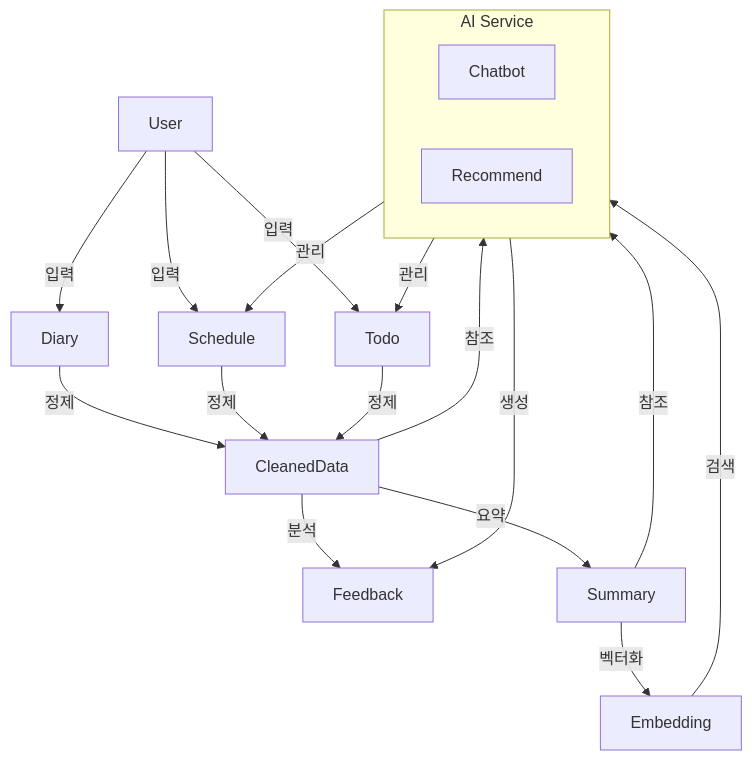
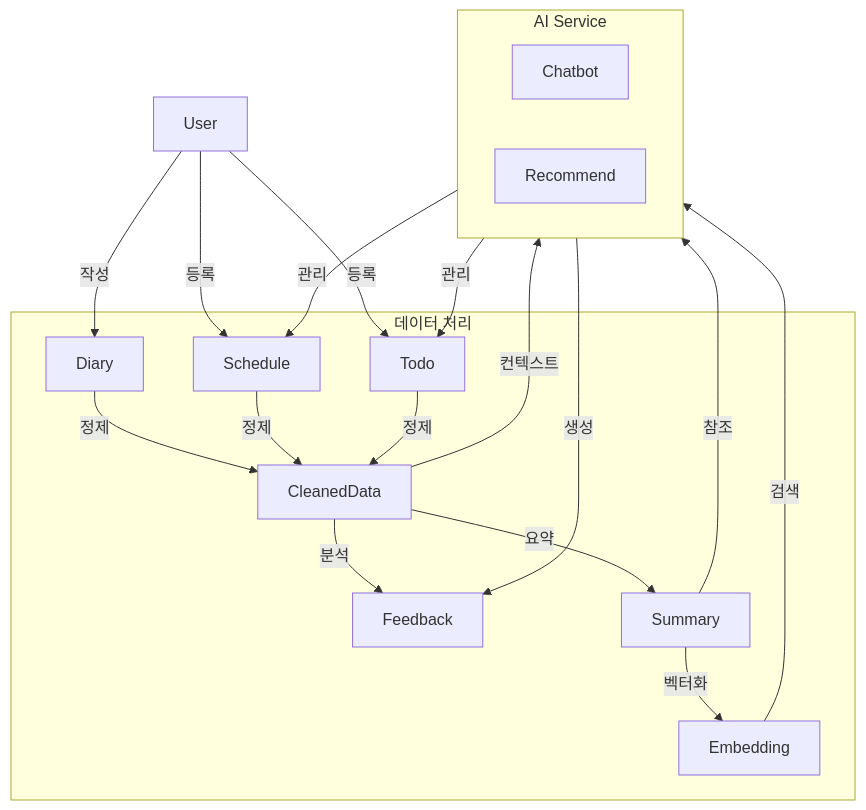
Before and after one commit to K-MarkLee/Youtube_Search_bot: the second of 2 diagrams in README.md, drawn with Mermaid. The commit also changed other lines of this file, not shown here.

````diff
--- a/README.md
+++ b/README.md
@@ -112,26 +114,28 @@
 ```mermaid
 graph TD
-    %% 데이터 수집
-    U[User] --> |입력| D[Diary]
-    U --> |입력| S[Schedule]
-    U --> |입력| T[Todo]
+    %% 사용자 입력
+    U[User] --> |작성| D[Diary]
+    U --> |등록| S[Schedule]
+    U --> |등록| T[Todo]
     
-    %% 데이터 처리
-    D & S & T --> |정제| CD[CleanedData]
-    CD --> |분석| F[Feedback]
-    CD --> |요약| SM[Summary]
-    SM --> |벡터화| E[Embedding]
+    %% AI 처리
+    subgraph Processing[데이터 처리]
+        D & S & T --> |정제| CD[CleanedData]
+        CD --> |분석| F[Feedback]
+        CD --> |요약| SM[Summary]
+        SM --> |벡터화| E[Embedding]
+    end
     
     %% AI 서비스
     subgraph AI[AI Service]
         C[Chatbot]
         R[Recommend]
     end
     
     %% AI 상호작용
-    CD --> |참조| AI
+    CD --> |컨텍스트| AI
     SM --> |참조| AI
     E --> |검색| AI
     AI --> |관리| S & T
     AI --> |생성| F
 ```
````
